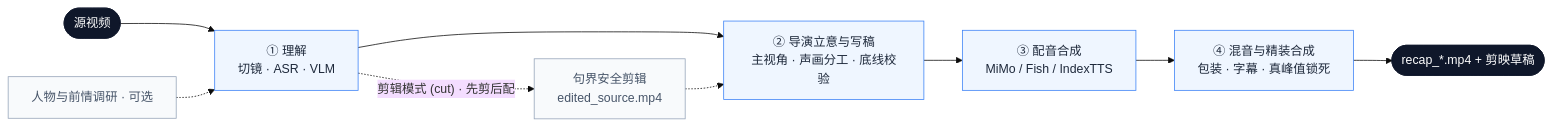
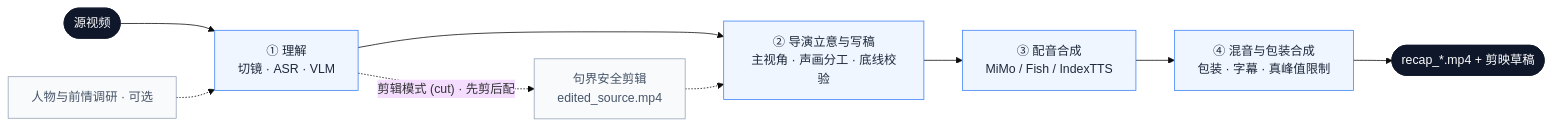
One commit to zenstory-ai/video-recap-skills changed the diagram in README.md. Above: the diagram before and after it, drawn with Mermaid (base theme). The commit also changed other lines of this file and 124 other files, not shown here.

````diff
--- a/README.md
+++ b/README.md
@@ -166,16 +167,16 @@
 ```mermaid
 flowchart LR
     video(["源视频"]) --> understand["① 理解<br/>切镜 · ASR · VLM"]
     research["人物与前情调研 · 可选"] -.-> understand
     understand --> plan["② 导演立意与写稿<br/>主视角 · 声画分工 · 底线校验"]
     understand -. "剪辑模式 (cut) · 先剪后配" .-> cut["句界安全剪辑<br/>edited_source.mp4"] -.-> plan
     plan --> voiceover["③ 配音合成<br/>MiMo / Fish / IndexTTS"]
-    voiceover --> assemble["④ 混音与精装合成<br/>包装 · 字幕 · 真峰值锁死"]
+    voiceover --> assemble["④ 混音与包装合成<br/>包装 · 字幕 · 真峰值限制"]
     assemble --> output(["recap_*.mp4 + 剪映草稿"])
     classDef io fill:#0f172a,stroke:#0f172a,color:#fff;
     classDef stage fill:#eff6ff,stroke:#3b82f6,color:#1e293b;
     classDef opt fill:#f8fafc,stroke:#94a3b8,color:#475569;
     class video,output io;
     class understand,plan,voiceover,assemble stage;
     class research,cut opt;
 ```
````
